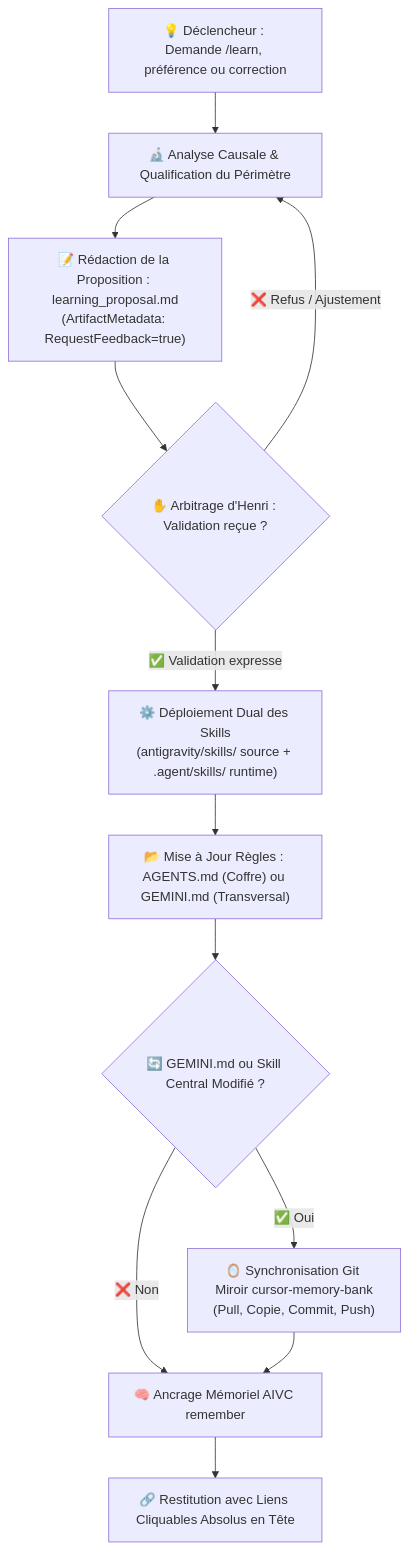
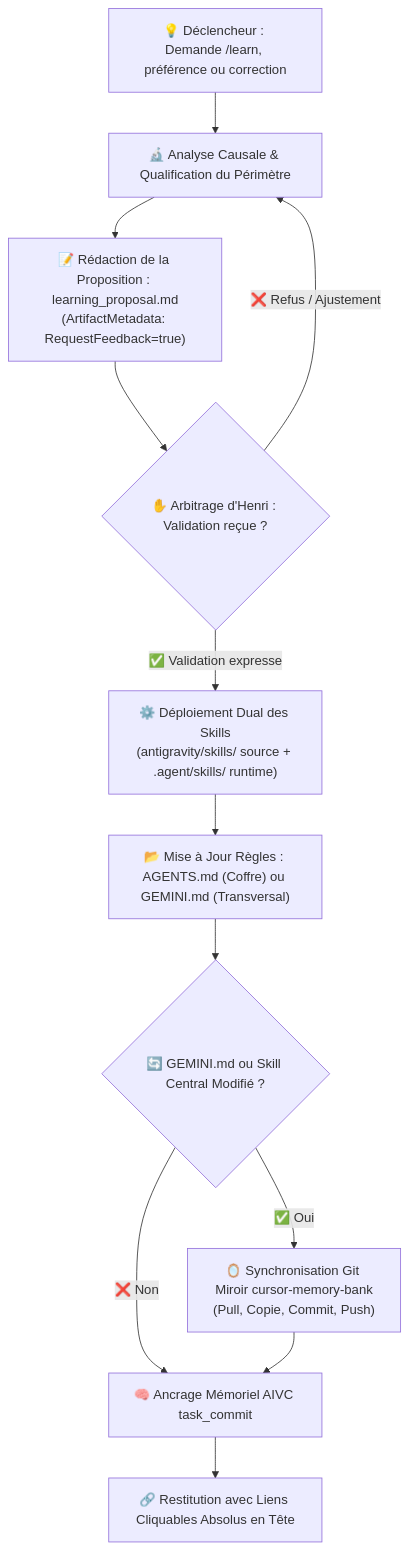
Before and after one commit to hjamet/cursor-memory-bank: the first of 3 diagrams in src/skills/learn/SKILL.md, drawn with Mermaid. The commit also changed other lines of this file and 435 other files, not shown here.

Commit message:
feat(aivc): align project_memory_cli on project_sync, task_commit rename & update .agents mirror

````diff
--- a/src/skills/learn/SKILL.md
+++ b/src/skills/learn/SKILL.md
@@ -7,14 +7,14 @@
 ```mermaid
 flowchart TD
     A["💡 Déclencheur : Demande /learn, préférence ou correction"] --> B["🔬 Analyse Causale & Qualification du Périmètre"]
     B --> C["📝 Rédaction de la Proposition : learning_proposal.md<br/>(ArtifactMetadata: RequestFeedback=true)"]
     C --> D{"✋ Arbitrage d'Henri : Validation reçue ?"}
     D -->|❌ Refus / Ajustement| B
     D -->|✅ Validation expresse| E["⚙️ Déploiement Dual des Skills<br/>(antigravity/skills/ source + .agent/skills/ runtime)"]
     E --> F["📂 Mise à Jour Règles : AGENTS.md (Coffre) ou GEMINI.md (Transversal)"]
     F --> G{"🔄 GEMINI.md ou Skill Central Modifié ?"}
     G -->|✅ Oui| H["🪞 Synchronisation Git Miroir cursor-memory-bank<br/>(Pull, Copie, Commit, Push)"]
-    G -->|❌ Non| I["🧠 Ancrage Mémoriel AIVC remember"]
+    G -->|❌ Non| I["🧠 Ancrage Mémoriel AIVC task_commit"]
     H --> I
     I --> J["🔗 Restitution avec Liens Cliquables Absolus en Tête"]
 ```
````
